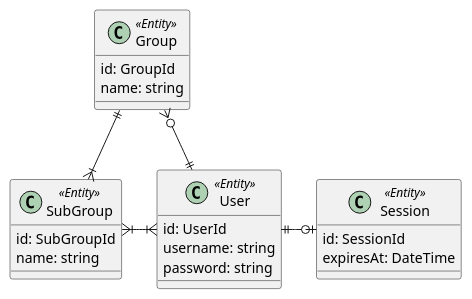
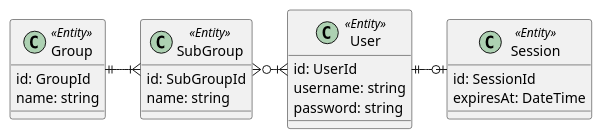
The first of 4 diagrams in docs/develop/03-domain.adoc (AlejandroAM91/freehomerp), drawn with PlantUML before and after one commit. The commit also changed other lines of this file and 26 other files, not shown here.

```diff
--- a/docs/develop/03-domain.adoc
+++ b/docs/develop/03-domain.adoc
@@ -6,30 +6,29 @@
 [plantuml]
 ....
 
-Group ||--|{ SubGroup
-Group }o-|| User
-SubGroup }|-|{ User
+Group ||-|{ SubGroup
+SubGroup }o-|{ User
 User ||-o| Session
 
 class Group <<Entity>> {
     id: GroupId
     name: string
 }
 
 class SubGroup <<Entity>> {
     id: SubGroupId
     name: string
 }
 
 class User <<Entity>> {
     id: UserId
     username: string
     password: string
 }
 
 class Session <<Entity>> {
     id: SessionId
     expiresAt: DateTime
 }
 
 ....
```
